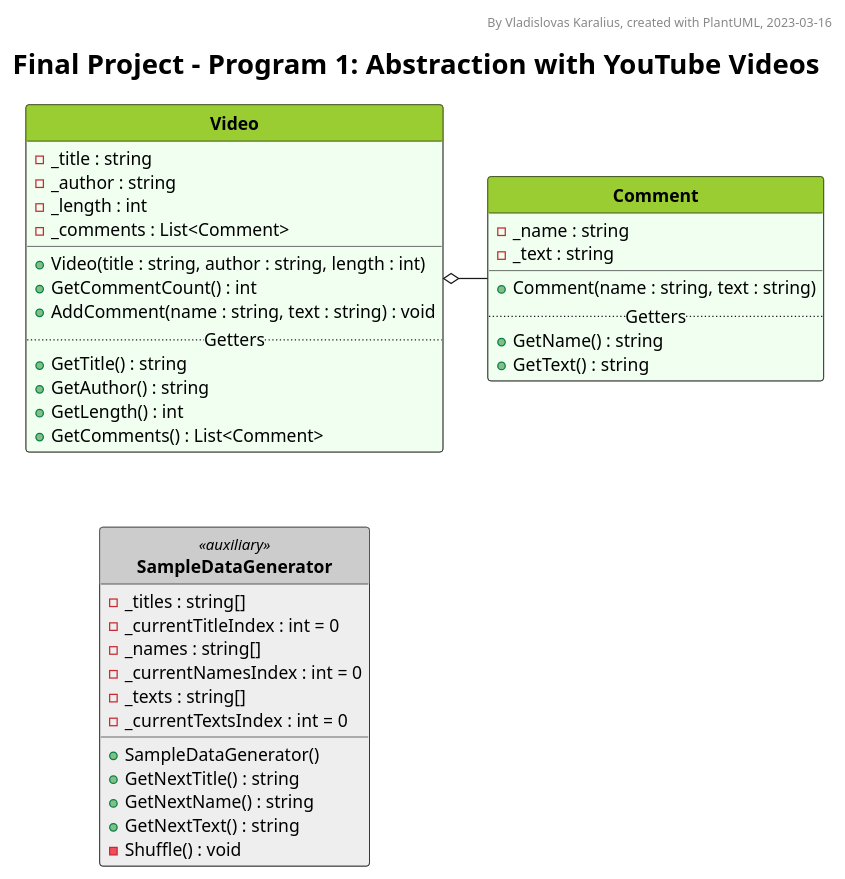
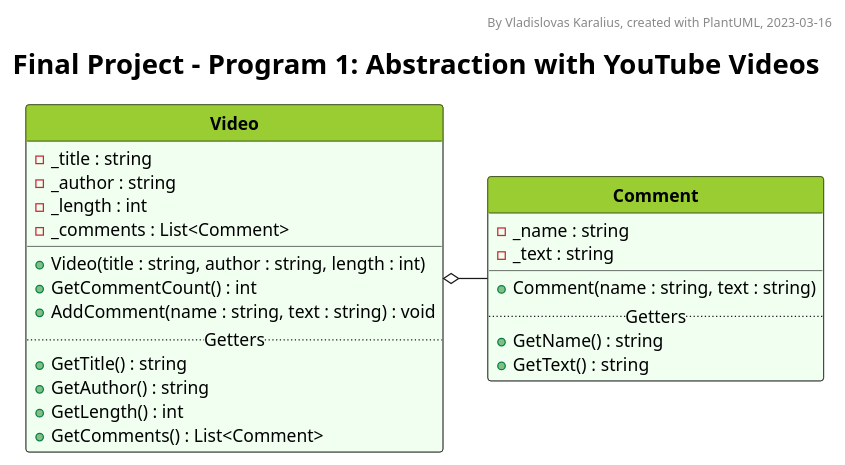
One commit to VladKaralius/cse210-projects changed the diagram in final/Foundation1/UML_diagram.pu. Above: the diagram before and after it, drawn with PlantUML. The commit also changed 3 other files, not shown here.

```diff
--- a/final/Foundation1/UML_diagram.pu
+++ b/final/Foundation1/UML_diagram.pu
@@ -1,133 +1,133 @@
 @startuml UML_diagram
 
 '--Formatting options--
 hide circle
 hide empty members
 'skinparam classAttributeIconSize 0
 skinparam style strictuml
 'skinparam groupInheritance 2
 'skinparam linetype ortho
 'skinparam Nodesep 15
 'skinparam Ranksep 25
 'left to right direction
 
 '--Styling--
 'skinparam BackgroundColor White/LightGreen
 skinparam TitleFontSize 22
 
 <style>
 classDiagram {
   class {
     '-attributes and methods-
     'FontSize 14
     'FontColor black
     'BackgroundColor #fefece
     BackgroundColor #f0fff0
     'RoundCorner 0
     '-class name-
     header {
       'FontSize 12
       'FontColor Black
       FontStyle bold
       BackgroundColor YellowGreen
     }
 
     ' Alternative class style 1
     .gaming {
       BackgroundColor Bisque
       header {
         BackgroundColor Orange
       }
     }
 
     ' Alternative class style 2
     .auxiliary {
       BackgroundColor #eeeeee
       header {
         BackgroundColor #cccccc
       }
     }
   }
   note {
     BackgroundColor Yellow
   }
   legend {
     FontSize 18
   }
 </style>
 
 '--Header, title, caption--
 header By Vladislovas Karalius, created with PlantUML, 2023-03-16
 title Final Project - Program 1: Abstraction with YouTube Videos
 'caption <:warning:>Constructors without parameters are not shown in this diagram
 
 ' Dummy class that explains visibility symbols
 ' class Markers #dddddd {
 ' Attributes
 ' ..
 ' - private
 ' # protected
 ' + public
 ' {static} static
 ' --
 ' Methods
 ' ..
 ' - private()
 ' # protected()
 ' + public()
 ' {static} static()
 ' }
 
 '--Main--
 class Video {
   - _title : string
   - _author : string
   - _length : int
   - _comments : List<Comment>
   __
   + Video(title : string, author : string, length : int)
   + GetCommentCount() : int
   + AddComment(name : string, text : string) : void
   ..Getters..
   + GetTitle() : string
   + GetAuthor() : string
   + GetLength() : int
   + GetComments() : List<Comment>
 }
 
 class Comment {
   - _name : string
   - _text : string
   __
   + Comment(name : string, text : string)
   ..Getters..
   + GetName() : string
   + GetText() : string
 }
 
 Video o- Comment
 
-class SampleDataGenerator <<auxiliary>> {
-  - _titles : string[]
-  - _currentTitleIndex : int = 0
-  - _names : string[]
-  - _currentNamesIndex : int = 0
-  - _texts : string[]
-  - _currentTextsIndex : int = 0
-  + SampleDataGenerator()
-  + GetNextTitle() : string
-  + GetNextName() : string
-  + GetNextText() : string
-  - Shuffle() : void
-}
+' class SampleDataGenerator <<auxiliary>> {
+'   - _titles : string[]
+'   - _currentTitleIndex : int = 0
+'   - _names : string[]
+'   - _currentNamesIndex : int = 0
+'   - _texts : string[]
+'   - _currentTextsIndex : int = 0
+'   + SampleDataGenerator()
+'   + GetNextTitle() : string
+'   + GetNextName() : string
+'   + GetNextText() : string
+'   - Shuffle() : void
+' }
 
-Video .[hidden]. SampleDataGenerator
+' Video .[hidden]. SampleDataGenerator
 
 '--Description--
 ' legend bottom
 ' <size:22>__**Core Requirements**__
 ' The program has one base class **Activity**. This class contains the attributes and methods
 ' that are common to all activities. Certain functions are put into separate classes as follows:
 ' endlegend
 
 @enduml
```
